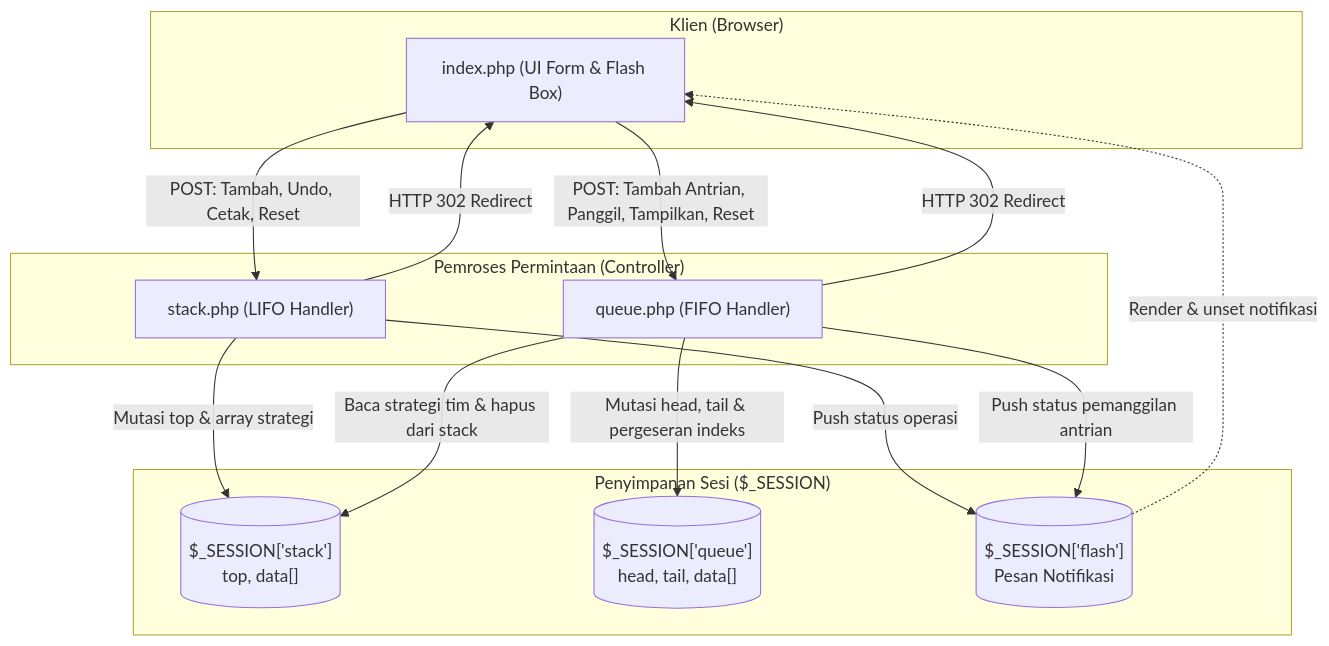
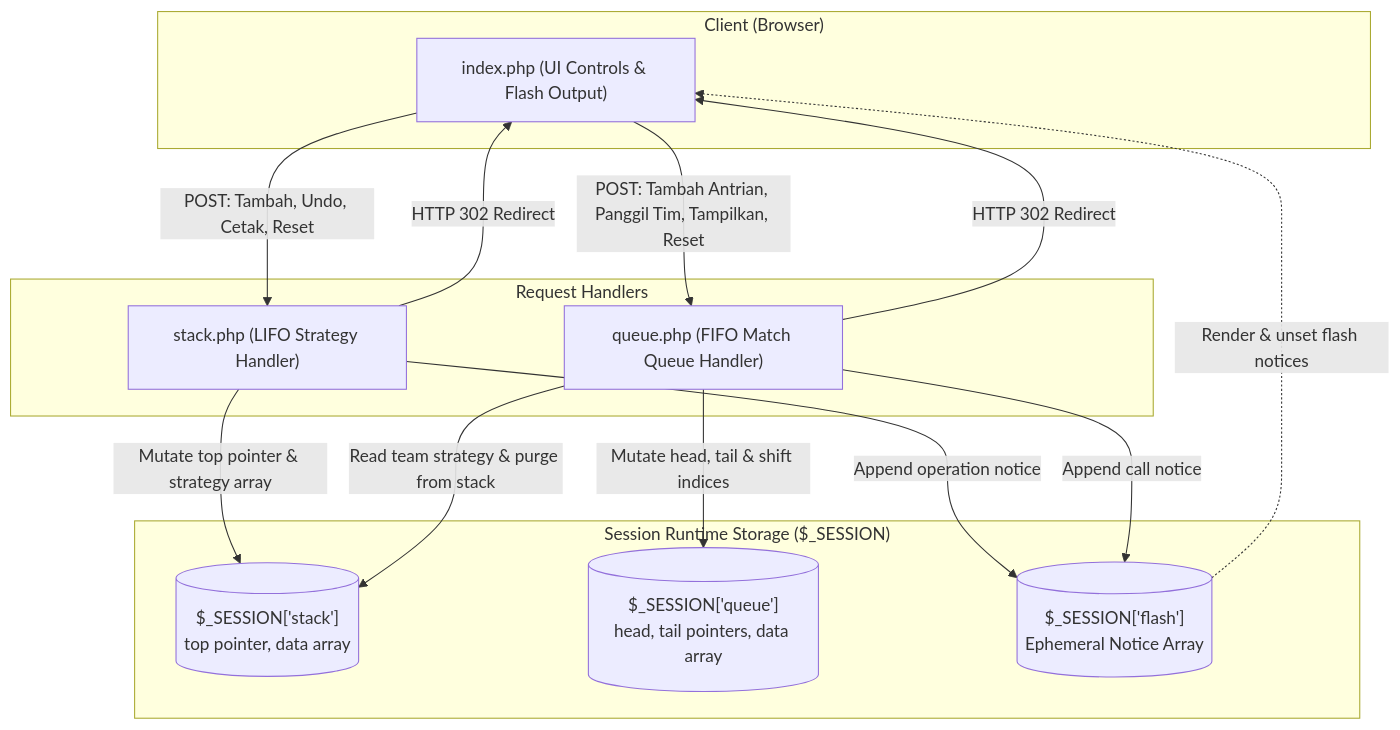
One commit to pratama1246/ALPRO_Stack-Queue changed the diagram in README.md. Above: the diagram before and after it, drawn with Mermaid. The commit also changed other lines of this file, not shown here.

````diff
--- a/README.md
+++ b/README.md
@@ -79,31 +79,31 @@
 ```mermaid
 flowchart TD
-    subgraph Browser["Klien (Browser)"]
-        UI["index.php (UI Form & Flash Box)"]
+    subgraph Browser["Client (Browser)"]
+        UI["index.php (UI Controls & Flash Output)"]
     end
 
-    subgraph Controller["Pemroses Permintaan (Controller)"]
-        S_CTL["stack.php (LIFO Handler)"]
-        Q_CTL["queue.php (FIFO Handler)"]
+    subgraph Controller["Request Handlers"]
+        S_CTL["stack.php (LIFO Strategy Handler)"]
+        Q_CTL["queue.php (FIFO Match Queue Handler)"]
     end
 
-    subgraph State["Penyimpanan Sesi ($_SESSION)"]
-        STACK_STORE[("$_SESSION['stack']<br/>top, data[]")]
-        QUEUE_STORE[("$_SESSION['queue']<br/>head, tail, data[]")]
-        FLASH_STORE[("$_SESSION['flash']<br/>Pesan Notifikasi")]
+    subgraph State["Session Runtime Storage ($_SESSION)"]
+        STACK_STORE[("$_SESSION['stack']<br/>top pointer, data array")]
+        QUEUE_STORE[("$_SESSION['queue']<br/>head, tail pointers, data array")]
+        FLASH_STORE[("$_SESSION['flash']<br/>Ephemeral Notice Array")]
     end
 
     UI -->|"POST: Tambah, Undo, Cetak, Reset"| S_CTL
-    UI -->|"POST: Tambah Antrian, Panggil, Tampilkan, Reset"| Q_CTL
+    UI -->|"POST: Tambah Antrian, Panggil Tim, Tampilkan, Reset"| Q_CTL
 
-    S_CTL -->|"Mutasi top & array strategi"| STACK_STORE
-    S_CTL -->|"Push status operasi"| FLASH_STORE
+    S_CTL -->|"Mutate top pointer & strategy array"| STACK_STORE
+    S_CTL -->|"Append operation notice"| FLASH_STORE
     S_CTL -->|"HTTP 302 Redirect"| UI
 
-    Q_CTL -->|"Mutasi head, tail & pergeseran indeks"| QUEUE_STORE
-    Q_CTL -->|"Baca strategi tim & hapus dari stack"| STACK_STORE
-    Q_CTL -->|"Push status pemanggilan antrian"| FLASH_STORE
+    Q_CTL -->|"Mutate head, tail & shift indices"| QUEUE_STORE
+    Q_CTL -->|"Read team strategy & purge from stack"| STACK_STORE
+    Q_CTL -->|"Append call notice"| FLASH_STORE
     Q_CTL -->|"HTTP 302 Redirect"| UI
 
-    FLASH_STORE -.->|"Render & unset notifikasi"| UI
+    FLASH_STORE -.->|"Render & unset flash notices"| UI
 ```
````
